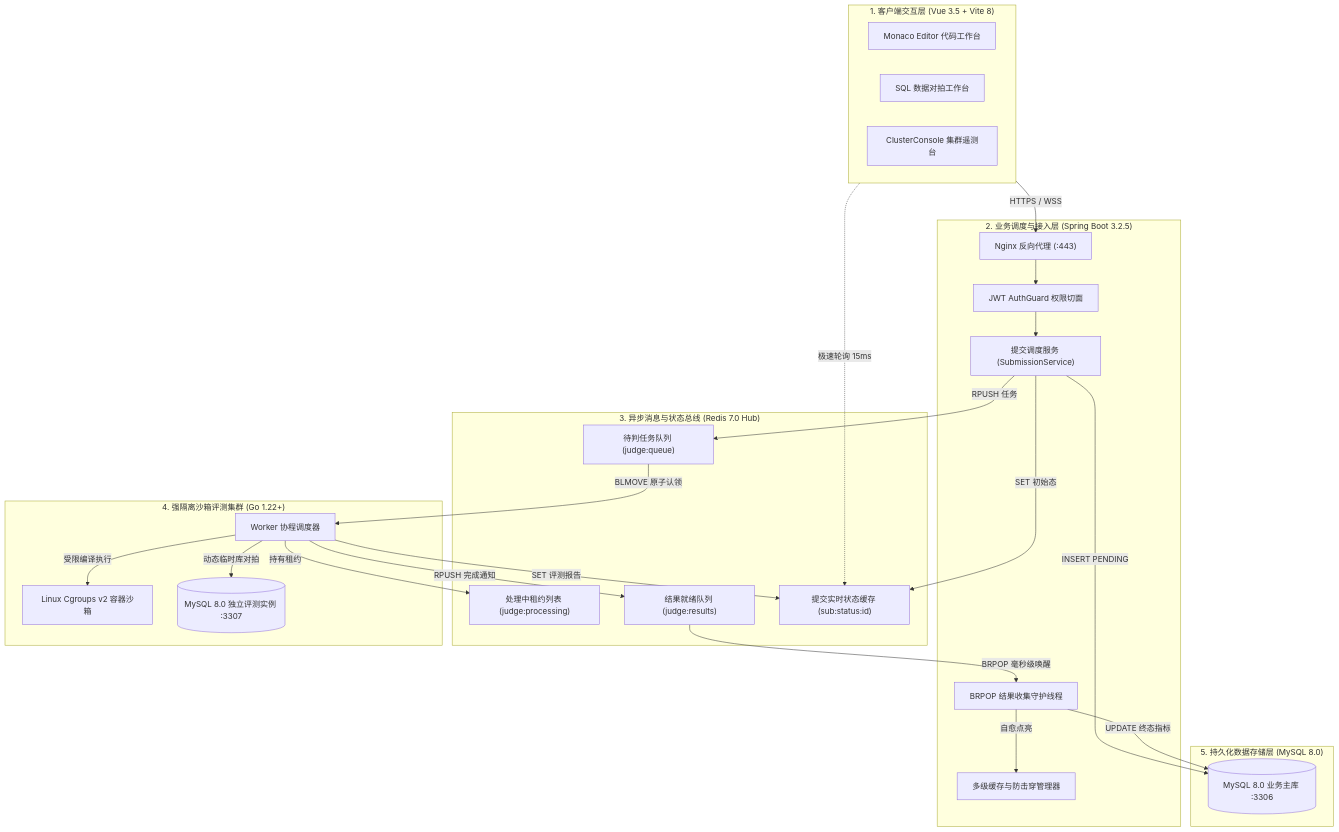
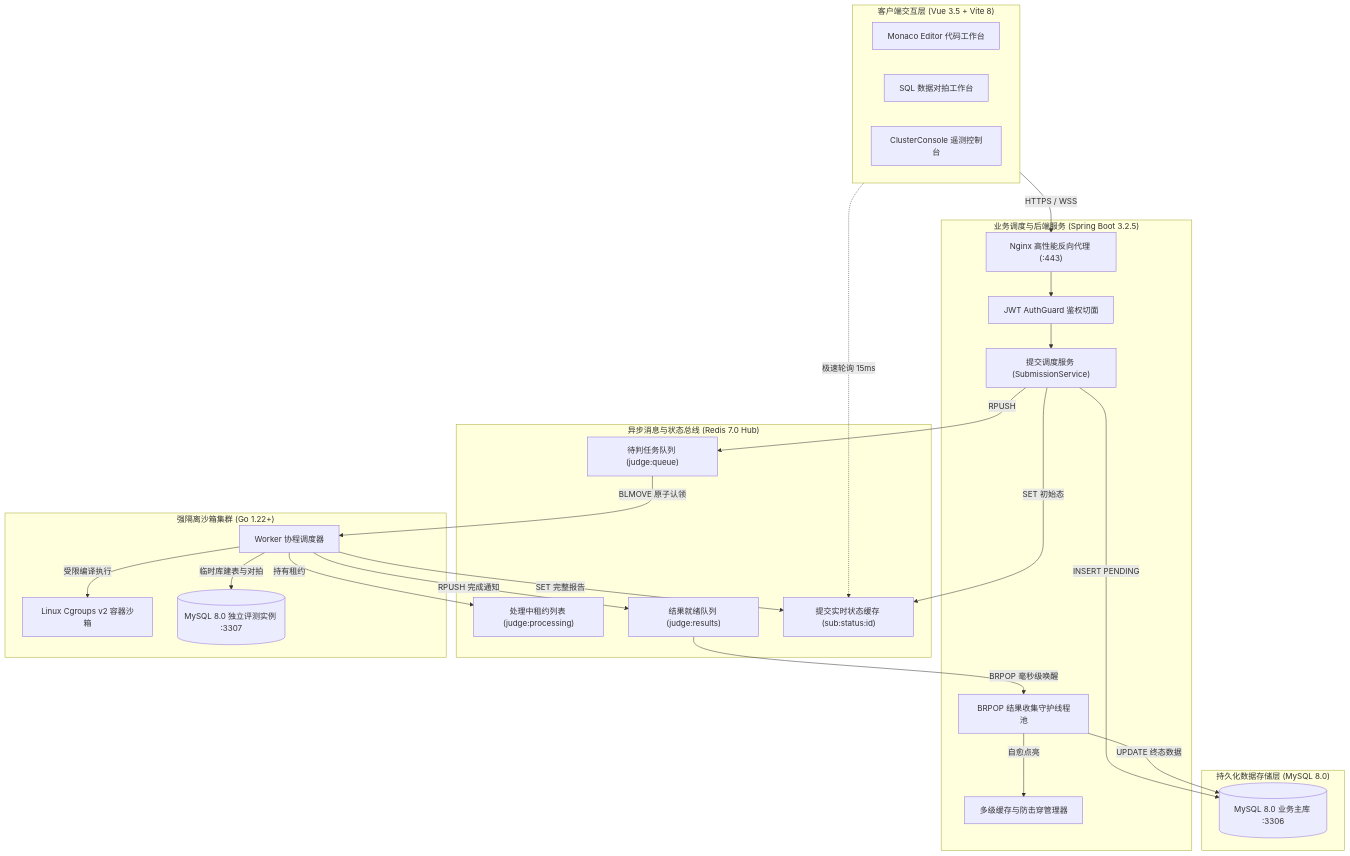
The first of 3 diagrams in README.md (zheco68-collab/kece), drawn with Mermaid before and after one commit. The commit also changed other lines of this file, not shown here.

````diff
--- a/README.md
+++ b/README.md
@@ -56,52 +96,51 @@
 ```mermaid
 flowchart TD
-    subgraph Tier1 ["1. 客户端交互层 (Vue 3.5 + Vite 8)"]
+    subgraph Client ["客户端交互层 (Vue 3.5 + Vite 8)"]
         Monaco["Monaco Editor 代码工作台"]
         SqlConsole["SQL 数据对拍工作台"]
-        Console["ClusterConsole 集群遥测台"]
+        Console["ClusterConsole 遥测控制台"]
     end
 
-    subgraph Tier2 ["2. 业务调度与接入层 (Spring Boot 3.2.5)"]
-        Nginx["Nginx 反向代理 (:443)"]
-        Auth["JWT AuthGuard 权限切面"]
+    subgraph Backend ["业务调度与后端服务 (Spring Boot 3.2.5)"]
+        Nginx["Nginx 高性能反向代理 (:443)"]
+        Auth["JWT AuthGuard 鉴权切面"]
         SubService["提交调度服务 (SubmissionService)"]
-        Listener["BRPOP 结果收集守护线程"]
+        Listener["BRPOP 结果收集守护线程池"]
         MultiCache["多级缓存与防击穿管理器"]
     end
 
-    subgraph Tier3 ["3. 异步消息与状态总线 (Redis 7.0 Hub)"]
+    subgraph Bus ["异步消息与状态总线 (Redis 7.0 Hub)"]
         TaskQueue["待判任务队列 (judge:queue)"]
         ProcQueue["处理中租约列表 (judge:processing)"]
         ResQueue["结果就绪队列 (judge:results)"]
         StatusCache["提交实时状态缓存 (sub:status:id)"]
     end
 
-    subgraph Tier4 ["4. 强隔离沙箱评测集群 (Go 1.22+)"]
+    subgraph Sandbox ["强隔离沙箱集群 (Go 1.22+)"]
         Dispatcher["Worker 协程调度器"]
         CgroupsSandbox["Linux Cgroups v2 容器沙箱"]
         TempMySQL[("MySQL 8.0 独立评测实例 :3307")]
     end
 
-    subgraph Tier5 ["5. 持久化数据存储层 (MySQL 8.0)"]
+    subgraph Storage ["持久化数据存储层 (MySQL 8.0)"]
         DB_Main[("MySQL 8.0 业务主库 :3306")]
     end
 
-    Tier1 -->|HTTPS / WSS| Nginx
-    Nginx --> Auth --> SubService
-    SubService -->|RPUSH 任务| TaskQueue
+    Client -->|HTTPS / WSS| Nginx --> Auth --> SubService
+    SubService -->|RPUSH| TaskQueue
     SubService -->|INSERT PENDING| DB_Main
     SubService -->|SET 初始态| StatusCache
 
     TaskQueue -->|BLMOVE 原子认领| Dispatcher
     Dispatcher -->|持有租约| ProcQueue
     Dispatcher -->|受限编译执行| CgroupsSandbox
-    Dispatcher -->|动态临时库对拍| TempMySQL
+    Dispatcher -->|临时库建表与对拍| TempMySQL
     Dispatcher -->|RPUSH 完成通知| ResQueue
-    Dispatcher -->|SET 评测报告| StatusCache
+    Dispatcher -->|SET 完整报告| StatusCache
 
     ResQueue -->|BRPOP 毫秒级唤醒| Listener
-    Listener -->|UPDATE 终态指标| DB_Main
+    Listener -->|UPDATE 终态数据| DB_Main
     Listener -->|自愈点亮| MultiCache
 
-    Tier1 -.->|极速轮询 15ms| StatusCache
+    Client -.->|极速轮询 15ms| StatusCache
 ```
````
